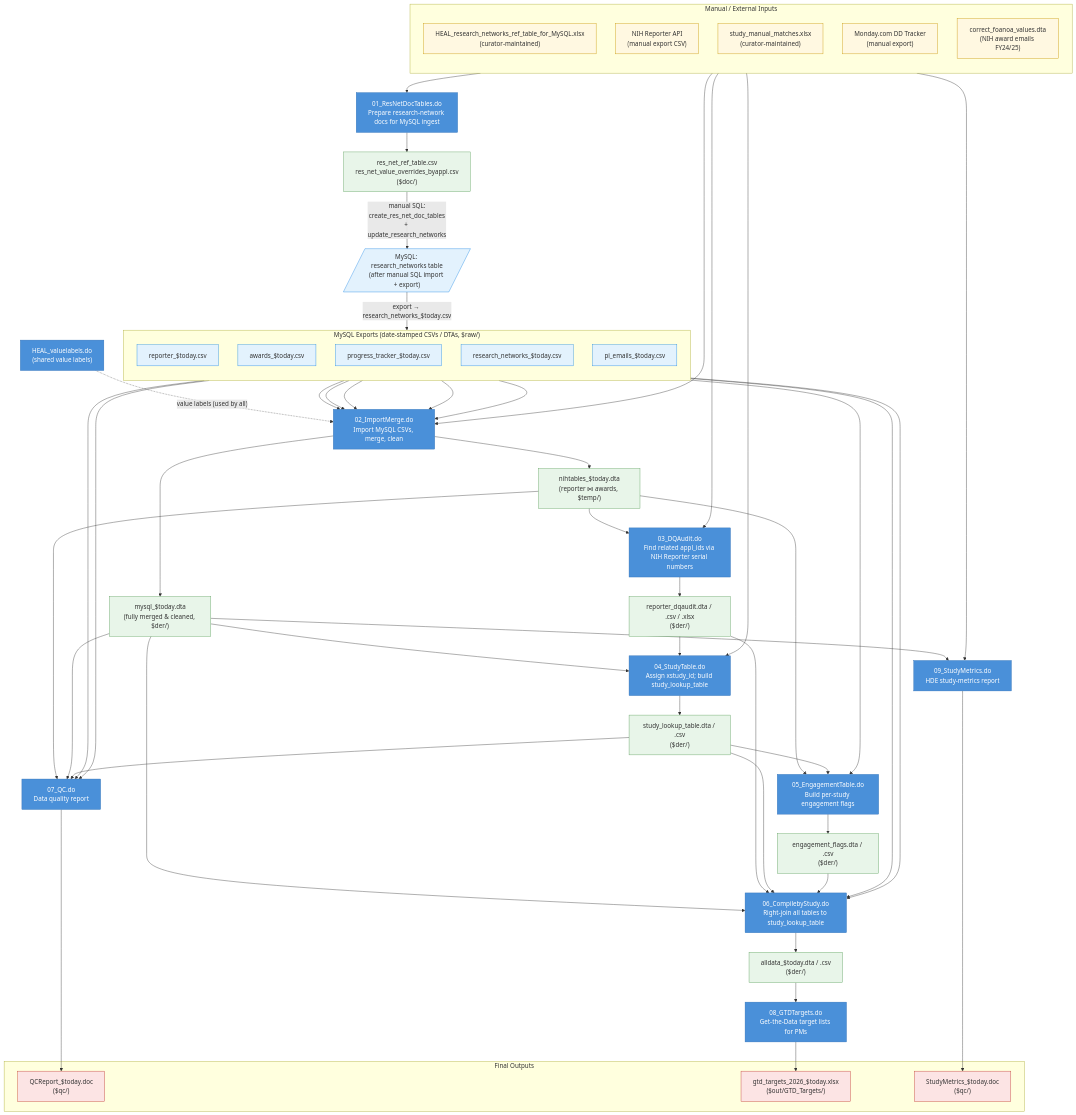
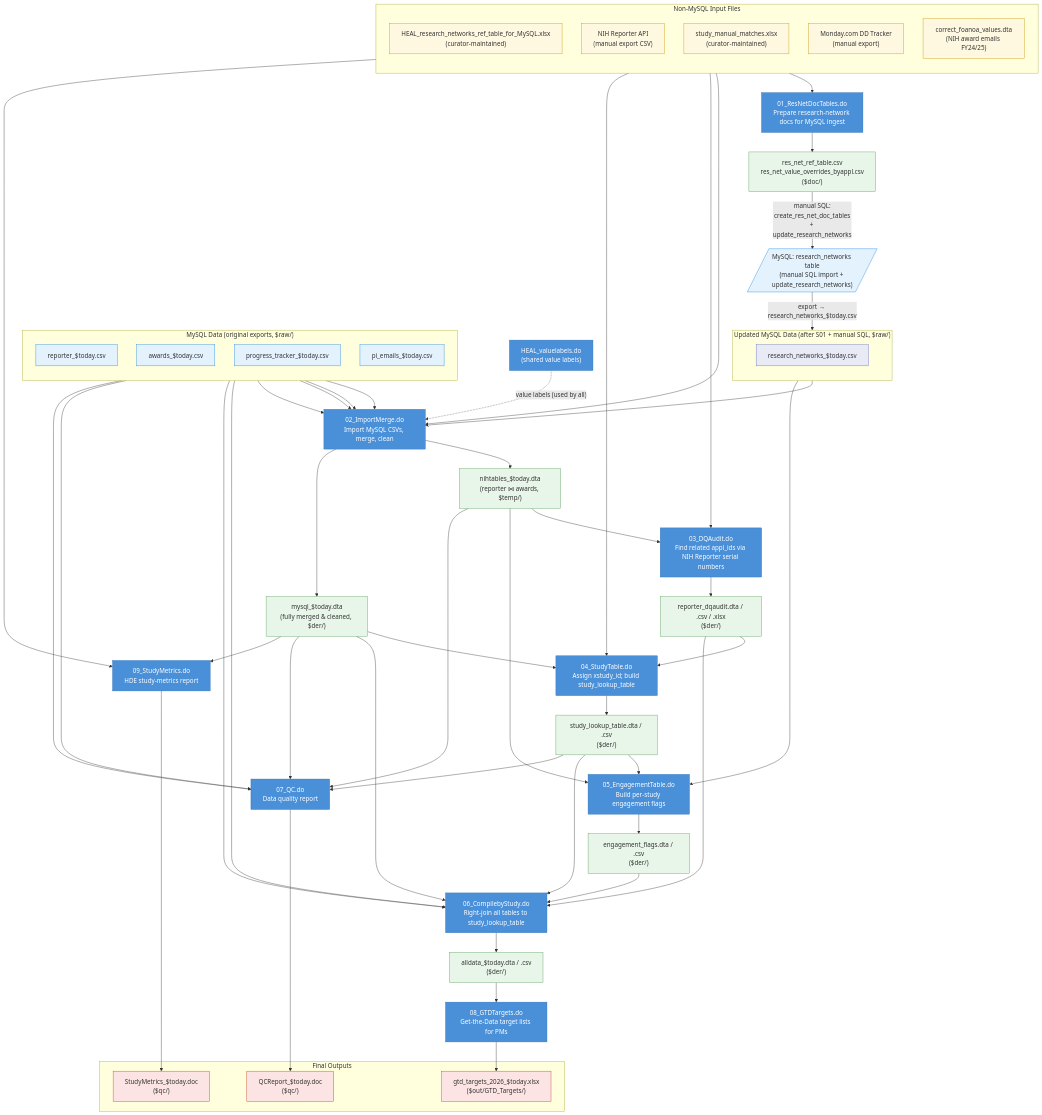
One commit to heal-data-stewards/metadata-sync changed the diagram in mysql_code/stata/data_flow_diagram.md. Above: the diagram before and after it, drawn with Mermaid.

Commit message:
Update Data Flow diagram

```diff
--- a/mysql_code/stata/data_flow_diagram.md
+++ b/mysql_code/stata/data_flow_diagram.md
@@ -9,11 +9,13 @@
     classDef file    fill:#e8f5e9,color:#333,stroke:#5a9e5a
     classDef ext     fill:#fff8e1,color:#333,stroke:#c89500
     classDef mysql   fill:#e3f2fd,color:#333,stroke:#1e88e5
+    classDef mysqlup fill:#e8eaf6,color:#333,stroke:#5c6bc0
     classDef out     fill:#fce4e4,color:#333,stroke:#c0392b
 
-    %% ── External / Manual Inputs ─────────────────────────────────────────────
+    %% ── Non-MySQL Input Files ─────────────────────────────────────────────────
+    %% Files that enter the pipeline from outside MySQL (curator files, API exports, etc.)
 
-    subgraph Ext["Manual / External Inputs"]
+    subgraph NonMySQL["Non-MySQL Input Files"]
         direction TB
         ResNetXLS["HEAL_research_networks_ref_table_for_MySQL.xlsx\n(curator-maintained)"]:::ext
         NIH_API["NIH Reporter API\n(manual export CSV)"]:::ext
@@ -22,15 +24,26 @@
         FOA_NOA["correct_foanoa_values.dta\n(NIH award emails FY24/25)"]:::ext
     end
 
-    %% ── MySQL Raw Exports ────────────────────────────────────────────────────
+    %% ── MySQL Data (original exports) ────────────────────────────────────────
+    %% Raw exports from MySQL before any Stata-triggered updates.
+    %% These must be current before running the pipeline.
 
-    subgraph MySQLExp["MySQL Exports  (date-stamped CSVs / DTAs, $raw/)"]
+    subgraph MySQLOrig["MySQL Data  (original exports, $raw/)"]
         direction TB
         m_rep["reporter_$today.csv"]:::mysql
         m_awd["awards_$today.csv"]:::mysql
         m_pt["progress_tracker_$today.csv"]:::mysql
-        m_rn["research_networks_$today.csv"]:::mysql
         m_pi["pi_emails_$today.csv"]:::mysql
+    end
+
+    %% ── Updated MySQL Data ───────────────────────────────────────────────────
+    %% MySQL exports that are only valid AFTER Stata (S01) has written
+    %% res_net_ref_table.csv and the manual SQL import has been run.
+    %% Scripts that use these files must wait for that manual step.
+
+    subgraph MySQLUpdated["Updated MySQL Data  (after S01 + manual SQL, $raw/)"]
+        direction TB
+        m_rn["research_networks_$today.csv"]:::mysqlup
     end
 
     %% ── Scripts ──────────────────────────────────────────────────────────────
@@ -50,7 +63,7 @@
     %% ── Intermediate Files ───────────────────────────────────────────────────
 
     res_net_csv["res_net_ref_table.csv\nres_net_value_overrides_byappl.csv\n($doc/)"]:::file
-    rn_mysql[/"MySQL: research_networks table\n(after manual SQL import + export)"/]:::mysql
+    rn_mysql[/"MySQL: research_networks table\n(manual SQL import + update_research_networks)"/]:::mysql
 
     nihtables["nihtables_$today.dta\n(reporter ⋈ awards, $temp/)"]:::file
     mysql_dta["mysql_$today.dta\n(fully merged & cleaned, $der/)"]:::file
@@ -70,27 +83,27 @@
 
     %% ── Data Flow ────────────────────────────────────────────────────────────
 
-    %% 01 → research networks
-    ResNetXLS  --> S01
-    S01        --> res_net_csv
+    %% 01 → writes res_net CSVs → manual SQL updates MySQL → export m_rn
+    ResNetXLS   --> S01
+    S01         --> res_net_csv
     res_net_csv -->|"manual SQL:\ncreate_res_net_doc_tables\n+ update_research_networks"| rn_mysql
-    rn_mysql   -->|"export → research_networks_$today.csv"| m_rn
+    rn_mysql    -->|"export → research_networks_$today.csv"| m_rn
 
-    %% 02 → merged tables
-    S_vl   -.->|"value labels (used by all)"| S02
-    m_rep  --> S02
-    m_awd  --> S02
-    m_pt   --> S02
-    m_rn   --> S02
-    m_pi   --> S02
+    %% 02 → merged tables (reads from both MySQL blocks)
+    S_vl    -.->|"value labels (used by all)"| S02
+    m_rep   --> S02
+    m_awd   --> S02
+    m_pt    --> S02
+    m_rn    --> S02
+    m_pi    --> S02
     FOA_NOA --> S02
     S02 --> nihtables
     S02 --> mysql_dta
 
     %% 03 → DQ audit
-    nihtables  --> S03
-    NIH_API    --> S03
-    S03        --> dqaudit
+    nihtables --> S03
+    NIH_API   --> S03
+    S03       --> dqaudit
 
     %% 04 → study lookup table
     mysql_dta    --> S04
@@ -98,20 +111,20 @@
     StudyMatches --> S04
     S04          --> slt
 
-    %% 05 → engagement flags
+    %% 05 → engagement flags (reads updated m_rn)
     nihtables --> S05
     m_rn      --> S05
     slt       --> S05
     S05       --> eng_flags
 
     %% 06 → alldata (compiled by study)
-    mysql_dta  --> S06
-    dqaudit    --> S06
-    slt        --> S06
-    eng_flags  --> S06
-    m_pi       --> S06
-    m_pt       --> S06
-    S06        --> alldata
+    mysql_dta --> S06
+    dqaudit   --> S06
+    slt       --> S06
+    eng_flags --> S06
+    m_pi      --> S06
+    m_pt      --> S06
+    S06       --> alldata
 
     %% 07 → QC report
     m_pt      --> S07
```
